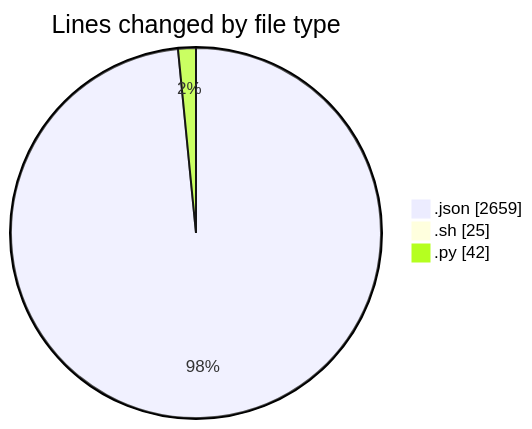
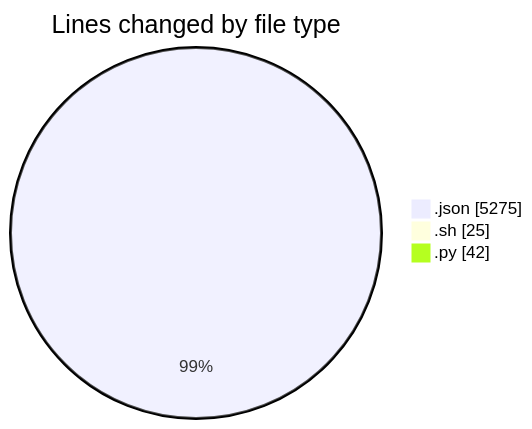
One commit to EIIisD/code-tracking changed the first of 2 diagrams in 2025-08-03/_claude/README.md. Above: the diagram before and after it, drawn with Mermaid. The commit also changed other lines of this file and 1 other file, not shown here.

````diff
--- a/2025-08-03/_claude/README.md
+++ b/2025-08-03/_claude/README.md
@@ -27,7 +27,7 @@
 ```mermaid
 pie showData
 title Lines changed by file type
-".json" : 2659
+".json" : 5275
 ".sh" : 25
 ".py" : 42
 ```
````
